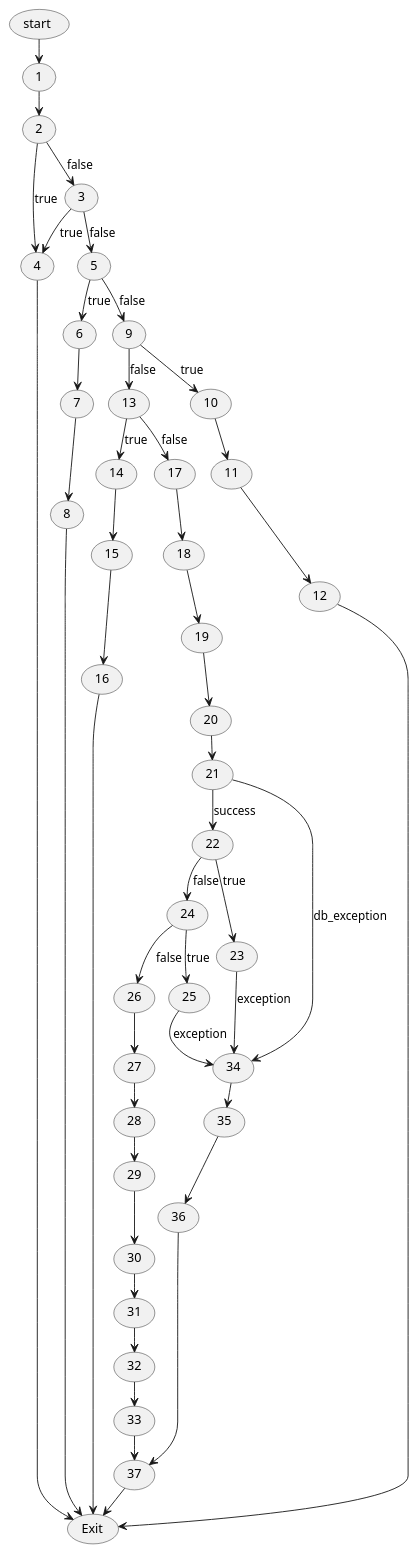
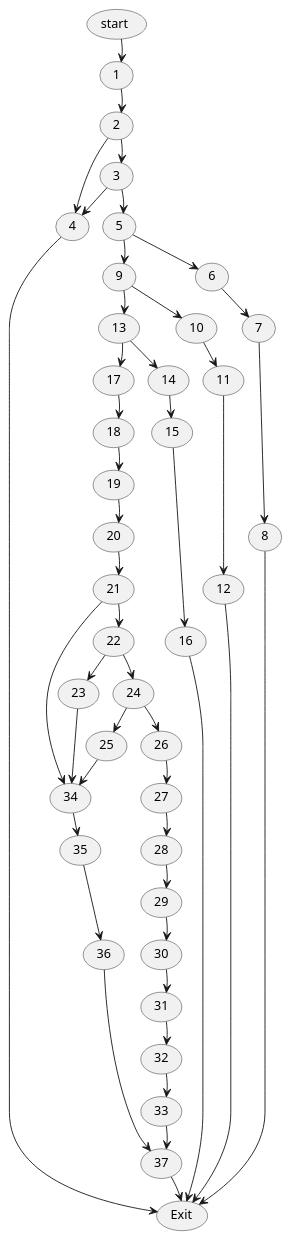
The diagram in docs/white_box_testing/topup_wallet/02_control_flow_graph.puml (chuonghoai/MarketPlace), drawn with PlantUML before and after one commit. The commit also changed 65 other files, not shown here.

```diff
--- a/docs/white_box_testing/topup_wallet/02_control_flow_graph.puml
+++ b/docs/white_box_testing/topup_wallet/02_control_flow_graph.puml
@@ -1,111 +1,129 @@
 @startuml
 skinparam nodesep 15
 skinparam ranksep 25
 
 usecase "start" as start_node
 usecase "1" as n1
 usecase "2" as n2
 usecase "3" as n3
 usecase "4" as n4
 usecase "5" as n5
 usecase "6" as n6
 usecase "7" as n7
 usecase "8" as n8
 usecase "9" as n9
 usecase "10" as n10
 usecase "11" as n11
 usecase "12" as n12
 usecase "13" as n13
 usecase "14" as n14
 usecase "15" as n15
 usecase "16" as n16
 usecase "17" as n17
 usecase "18" as n18
 usecase "19" as n19
 usecase "20" as n20
 usecase "21" as n21
 usecase "22" as n22
 usecase "23" as n23
 usecase "24" as n24
 usecase "25" as n25
 usecase "26" as n26
 usecase "27" as n27
 usecase "28" as n28
 usecase "29" as n29
 usecase "30" as n30
 usecase "31" as n31
 usecase "32" as n32
 usecase "33" as n33
 usecase "34" as n34
 usecase "35" as n35
 usecase "36" as n36
 usecase "37" as n37
 usecase "Exit" as end_node
 
+start_node -[hidden]down-> n1
+n1 -[hidden]down-> n2
+n2 -[hidden]down-> n3
+n3 -[hidden]down-> n5
+n5 -[hidden]down-> n9
+n9 -[hidden]down-> n13
+n13 -[hidden]down-> n17
+n17 -[hidden]down-> n18
+n18 -[hidden]down-> n19
+n19 -[hidden]down-> n20
+n20 -[hidden]down-> n21
+n21 -[hidden]down-> n22
+n22 -[hidden]down-> n24
+n24 -[hidden]down-> n26
+n26 -[hidden]down-> n27
+n27 -[hidden]down-> n28
+n28 -[hidden]down-> n29
+n29 -[hidden]down-> n30
+n30 -[hidden]down-> n31
+n31 -[hidden]down-> n32
+n32 -[hidden]down-> n33
+n33 -[hidden]down-> n37
+n37 -[hidden]down-> end_node
+
 start_node --> n1
 n1 --> n2
 
-n2 --> n4 : true
-n2 --> n3 : false
+n2 --> n3
+n2 --> n4
 
-n3 --> n4 : true
-n3 --> n5 : false
+n3 --> n5
+n3 --> n4
 
 n4 --> end_node
 
-n5 --> n6 : true
-n5 --> n9 : false
-
+n5 --> n6
+n5 --> n9
 n6 --> n7
 n7 --> n8
 n8 --> end_node
 
-n9 --> n10 : true
-n9 --> n13 : false
-
+n9 --> n10
+n9 --> n13
 n10 --> n11
 n11 --> n12
 n12 --> end_node
 
-n13 --> n14 : true
-n13 --> n17 : false
-
+n13 --> n14
+n13 --> n17
 n14 --> n15
 n15 --> n16
 n16 --> end_node
 
 n17 --> n18
 n18 --> n19
 n19 --> n20
 n20 --> n21
 
-n21 --> n22 : success
-n21 --> n34 : db_exception
+n21 --> n22
+n21 --> n34
 
-n22 --> n23 : true
-n22 --> n24 : false
+n22 --> n24
+n22 --> n23
+n23 --> n34
 
-n23 --> n34 : exception
-
-n24 --> n25 : true
-n24 --> n26 : false
-
-n25 --> n34 : exception
+n24 --> n26
+n24 --> n25
+n25 --> n34
 
 n26 --> n27
 n27 --> n28
 n28 --> n29
 n29 --> n30
 n30 --> n31
 n31 --> n32
 n32 --> n33
-
 n33 --> n37
 
 n34 --> n35
 n35 --> n36
 n36 --> n37
 
 n37 --> end_node
 
 @enduml
```
